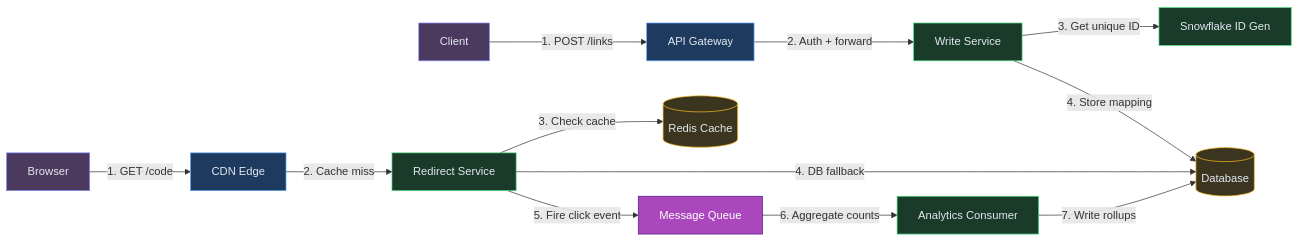
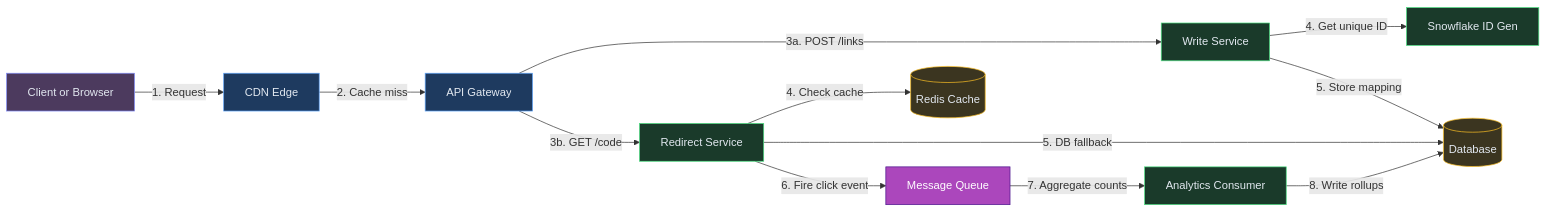
Before and after one commit to iluzn/HLD-Designs: diagram 11 of 11 in content/hld/URLShortner.md, drawn with Mermaid. The commit also changed other lines of this file, not shown here.

Commit message:
fix(hld): Route all traffic through CDN + API Gateway in final diagram
Browser redirect requests now go through the same entry point as API
calls: CDN → Gateway → service. Gateway routes by method (POST to
Write Service, GET to Redirect Service). Clearer, more accurate, and
matches how most URL shorteners actually work.

````diff
--- a/content/hld/URLShortner.md
+++ b/content/hld/URLShortner.md
@@ -590,35 +590,33 @@
 ```mermaid
 flowchart LR
-    CLIENT["Client"]:::client
-    BROWSER["Browser"]:::client
+    CLIENT["Client or Browser"]:::client
     CDN["CDN Edge"]:::edge
     GW["API Gateway"]:::edge
 
     WS["Write Service"]:::service
     RS["Redirect Service"]:::service
     IDG["Snowflake ID Gen"]:::service
     CONSUMER["Analytics Consumer"]:::service
 
     REDIS[("Redis Cache")]:::data
     DB[("Database")]:::data
     Q["Message Queue"]:::async
 
-    CLIENT -->|"1. POST /links"| GW
-    GW -->|"2. Auth + forward"| WS
-    WS -->|"3. Get unique ID"| IDG
-    WS -->|"4. Store mapping"| DB
-
-    BROWSER -->|"1. GET /code"| CDN
-    CDN -->|"2. Cache miss"| RS
-    RS -->|"3. Check cache"| REDIS
-    RS -->|"4. DB fallback"| DB
-    RS -->|"5. Fire click event"| Q
-    Q -->|"6. Aggregate counts"| CONSUMER
-    CONSUMER -->|"7. Write rollups"| DB
+    CLIENT -->|"1. Request"| CDN
+    CDN -->|"2. Cache miss"| GW
+    GW -->|"3a. POST /links"| WS
+    GW -->|"3b. GET /code"| RS
+    WS -->|"4. Get unique ID"| IDG
+    WS -->|"5. Store mapping"| DB
+    RS -->|"4. Check cache"| REDIS
+    RS -->|"5. DB fallback"| DB
+    RS -->|"6. Fire click event"| Q
+    Q -->|"7. Aggregate counts"| CONSUMER
+    CONSUMER -->|"8. Write rollups"| DB
 
     classDef client fill:#4c3a5e,stroke:#818cf8,color:#e2e8f0
     classDef edge fill:#1e3a5f,stroke:#60a5fa,color:#e2e8f0
     classDef service fill:#1a3a2a,stroke:#4ade80,color:#e2e8f0
     classDef async fill:#AB47BC,stroke:#4A148C,color:#fff
     classDef data fill:#3b3520,stroke:#fbbf24,color:#e2e8f0
 ```
````
